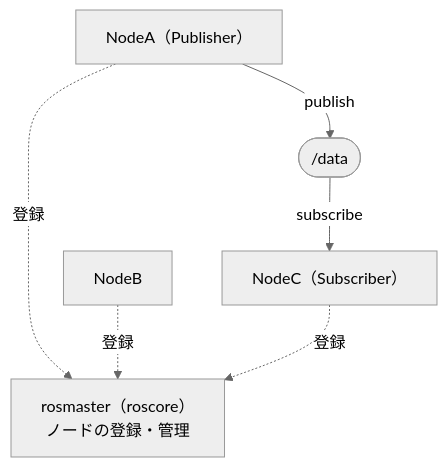
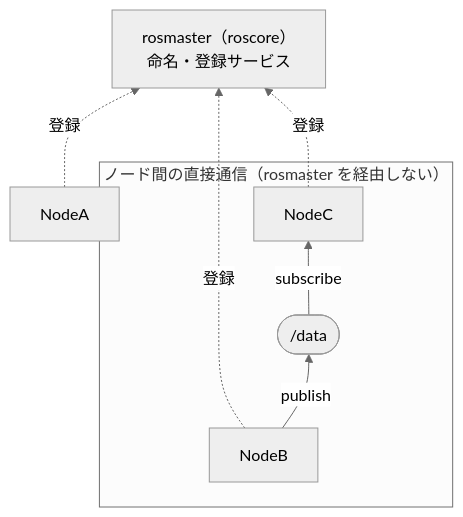
Before and after one commit to Harlequinade1123/ros1-tutorials: the fourth of 4 diagrams in docs/01_introduction.md, drawn with Mermaid (neutral theme). The commit also changed other lines of this file, not shown here.

Commit message:
docs: reorganize concept diagrams and clarify roscore description in ch.1

````diff
--- a/docs/01_introduction.md
+++ b/docs/01_introduction.md
@@ -125,13 +138,15 @@
 ```mermaid
-graph TD
-    rosmaster["rosmaster（roscore）<br/>ノードの登録・管理"]
-    NodeA["NodeA（Publisher）"]
-    NodeB["NodeB"]
-    NodeC["NodeC（Subscriber）"]
-    topic(["/data"])
+graph BT
+    rosmaster["rosmaster（roscore）<br/>命名・登録サービス"]
+    NodeA["NodeA"]
+    subgraph direct["ノード間の直接通信（rosmaster を経由しない）"]
+        NodeB["NodeB"]
+        topic(["/data"])
+        NodeC["NodeC"]
+    end
     NodeA -.->|"登録"| rosmaster
     NodeB -.->|"登録"| rosmaster
     NodeC -.->|"登録"| rosmaster
-    NodeA -->|"publish"| topic
+    NodeB -->|"publish"| topic
     topic -->|"subscribe"| NodeC
 ```
````
